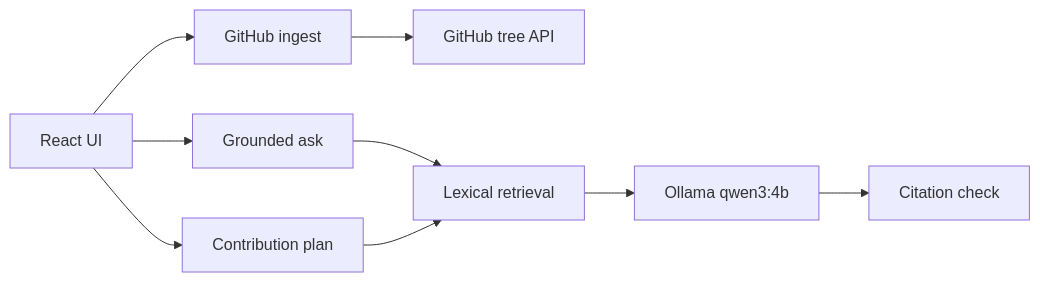
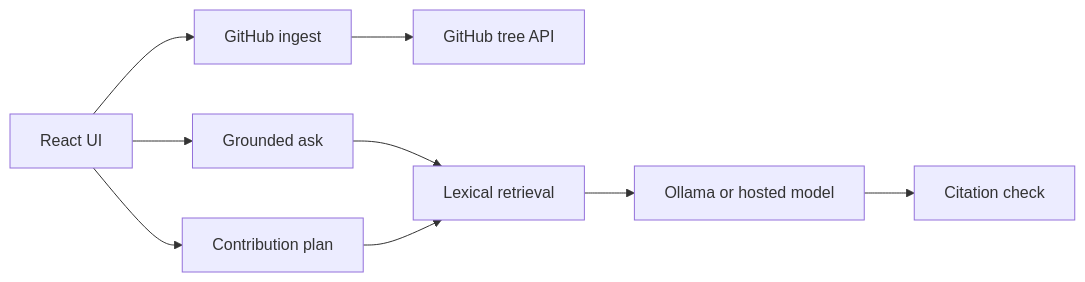
Before and after one commit to Ascendlabs-webs/RepoReady: the diagram in ARCHITECTURE.md, drawn with Mermaid. The commit also changed other lines of this file and 6 other files, not shown here.

First line of the commit message:
Call a hosted model from Vercel instead of Ollama.

````diff
--- a/ARCHITECTURE.md
+++ b/ARCHITECTURE.md
@@ -3,11 +3,11 @@
 ```mermaid
 flowchart LR
   UI[React UI] --> Ingest[GitHub ingest]
   UI --> Ask[Grounded ask]
   UI --> Plan[Contribution plan]
   Ingest --> Tree[GitHub tree API]
   Ask --> Retrieve[Lexical retrieval]
   Plan --> Retrieve
-  Retrieve --> Ollama[Ollama qwen3:4b]
-  Ollama --> Check[Citation check]
+  Retrieve --> Model[Ollama or hosted model]
+  Model --> Check[Citation check]
 ```
````
